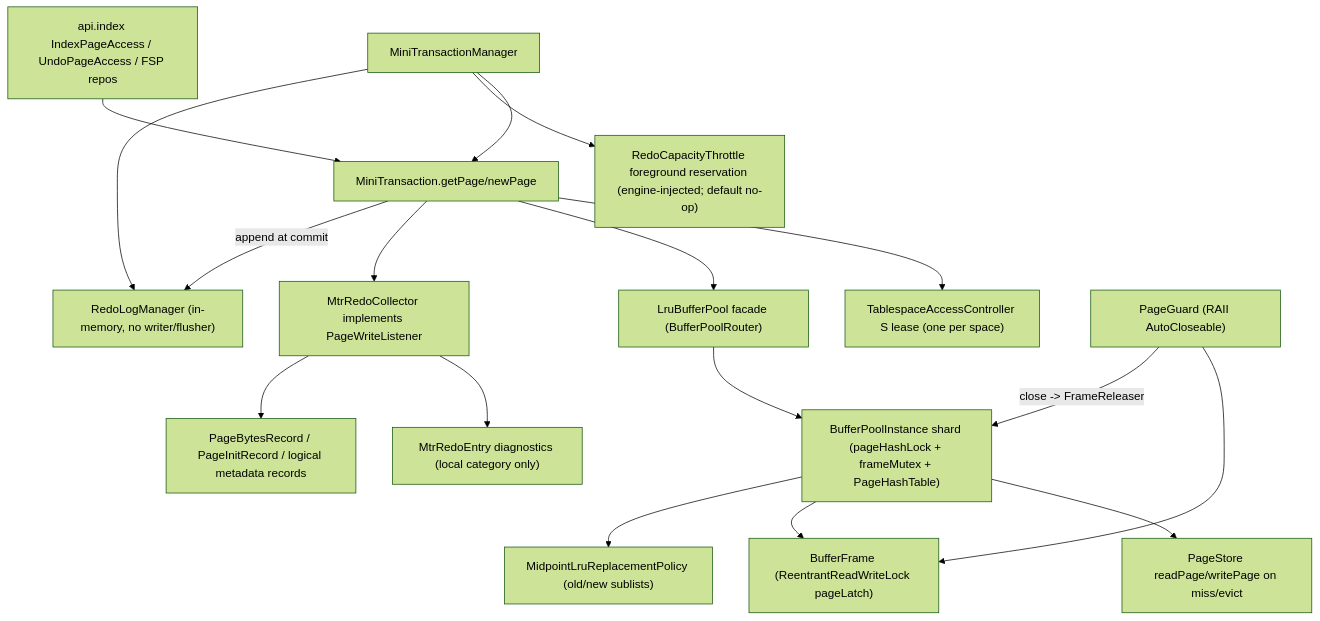
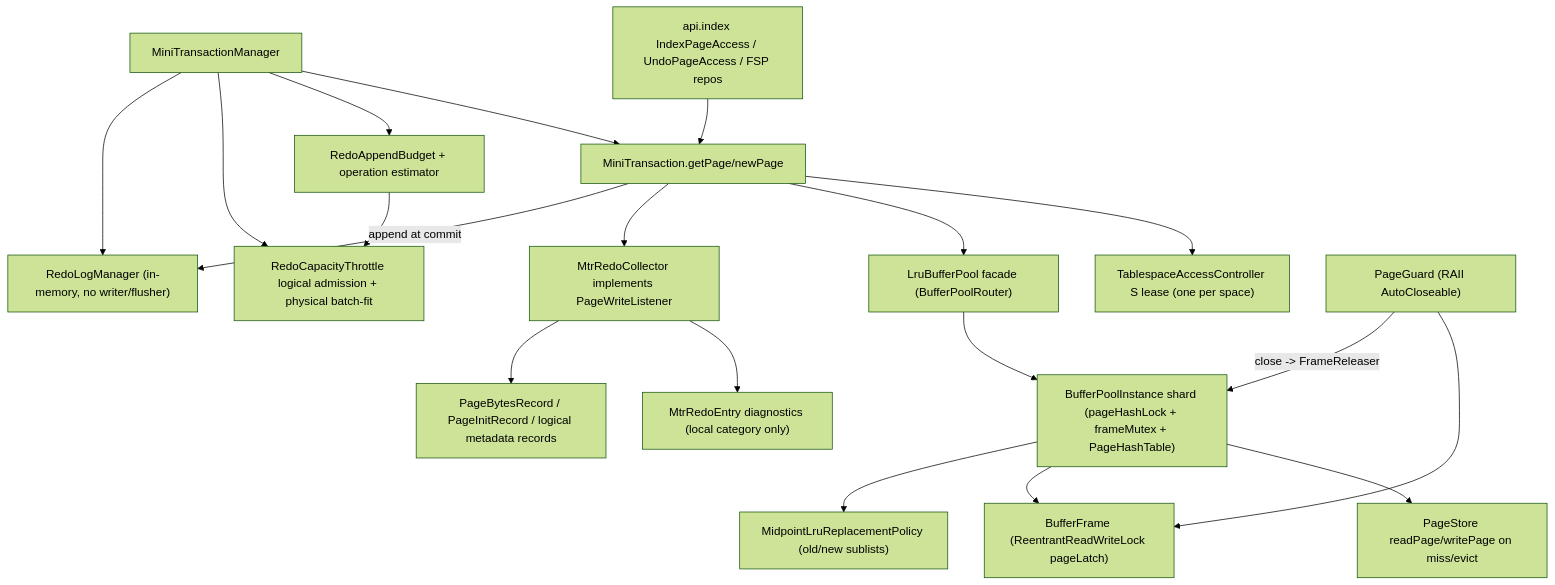
Before and after one commit to mywnlb/dbtest: the second of 9 diagrams in docs/design/current-implementation-map.md, drawn with Mermaid (forest theme). The commit also changed other lines of this file and 27 other files, not shown here.

Commit message:
Implement per-operation redo budgets

````diff
--- a/docs/design/current-implementation-map.md
+++ b/docs/design/current-implementation-map.md
@@ -91,19 +91,21 @@
 ```mermaid
 flowchart TD
   Caller["api.index IndexPageAccess / UndoPageAccess / FSP repos"] --> Mtr["MiniTransaction.getPage/newPage"]
   Mtr --> Access["TablespaceAccessController S lease (one per space)"]
   Mtr --> Pool["LruBufferPool facade (BufferPoolRouter)"]
   Pool --> Inst["BufferPoolInstance shard (pageHashLock + frameMutex + PageHashTable)"]
   Inst --> Store["PageStore readPage/writePage on miss/evict"]
   Inst --> Frame["BufferFrame (ReentrantReadWriteLock pageLatch)"]
   Inst --> Policy["MidpointLruReplacementPolicy (old/new sublists)"]
   Mtr --> Collector["MtrRedoCollector implements PageWriteListener"]
   Collector --> RedoEntries["MtrRedoEntry diagnostics (local category only)"]
   Collector --> RedoRecords["PageBytesRecord / PageInitRecord / logical metadata records"]
   Mgr["MiniTransactionManager"] --> Mtr
-  Mgr --> Throttle["RedoCapacityThrottle foreground reservation (engine-injected; default no-op)"]
+  Mgr --> Budget["RedoAppendBudget + operation estimator"]
+  Budget --> Throttle["RedoCapacityThrottle logical admission + physical batch-fit"]
+  Mgr --> Throttle
   Mgr --> RedoMgr["RedoLogManager (in-memory, no writer/flusher)"]
   Mtr -->|append at commit| RedoMgr
   Guard["PageGuard (RAII AutoCloseable)"] --> Frame
   Guard -->|close -> FrameReleaser| Inst
 ```
````
